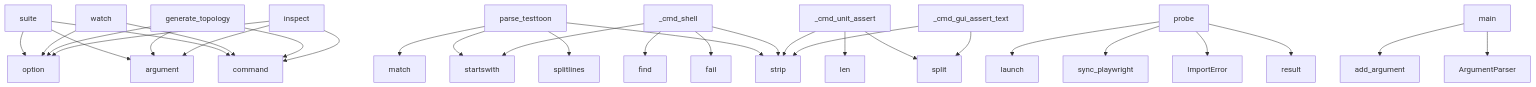
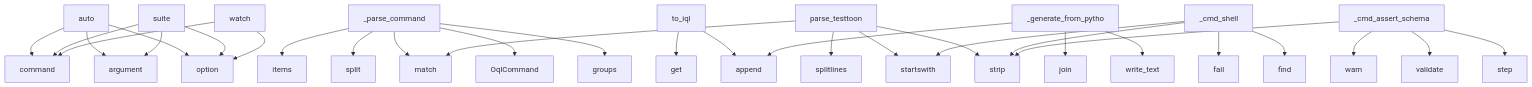
Before and after one commit to oqlos/testql: the diagram in project/context.md, drawn with Mermaid. The commit also changed other lines of this file and 47 other files, not shown here.

````diff
--- a/project/context.md
+++ b/project/context.md
@@ -541,33 +553,33 @@
 ```mermaid
 graph TD
+    auto --> command
+    auto --> argument
+    auto --> option
+    _parse_command --> items
+    _parse_command --> split
+    _parse_command --> match
+    _parse_command --> OqlCommand
+    _parse_command --> groups
+    to_iql --> get
+    to_iql --> append
     suite --> command
     suite --> argument
     suite --> option
     watch --> command
     watch --> option
     parse_testtoon --> splitlines
     parse_testtoon --> match
     parse_testtoon --> startswith
     parse_testtoon --> strip
+    _generate_from_pytho --> join
+    _generate_from_pytho --> write_text
+    _generate_from_pytho --> append
     _cmd_shell --> strip
     _cmd_shell --> fail
     _cmd_shell --> startswith
     _cmd_shell --> find
-    probe --> result
-    probe --> ImportError
-    probe --> sync_playwright
-    probe --> launch
-    main --> ArgumentParser
-    main --> add_argument
-    _cmd_unit_assert --> split
-    _cmd_unit_assert --> strip
-    _cmd_unit_assert --> len
-    generate_topology --> command
-    generate_topology --> argument
-    generate_topology --> option
-    inspect --> command
-    inspect --> argument
-    inspect --> option
-    _cmd_gui_assert_text --> split
-    _cmd_gui_assert_text --> strip
+    _cmd_assert_schema --> strip
+    _cmd_assert_schema --> warn
+    _cmd_assert_schema --> validate
+    _cmd_assert_schema --> step
 ```
````
